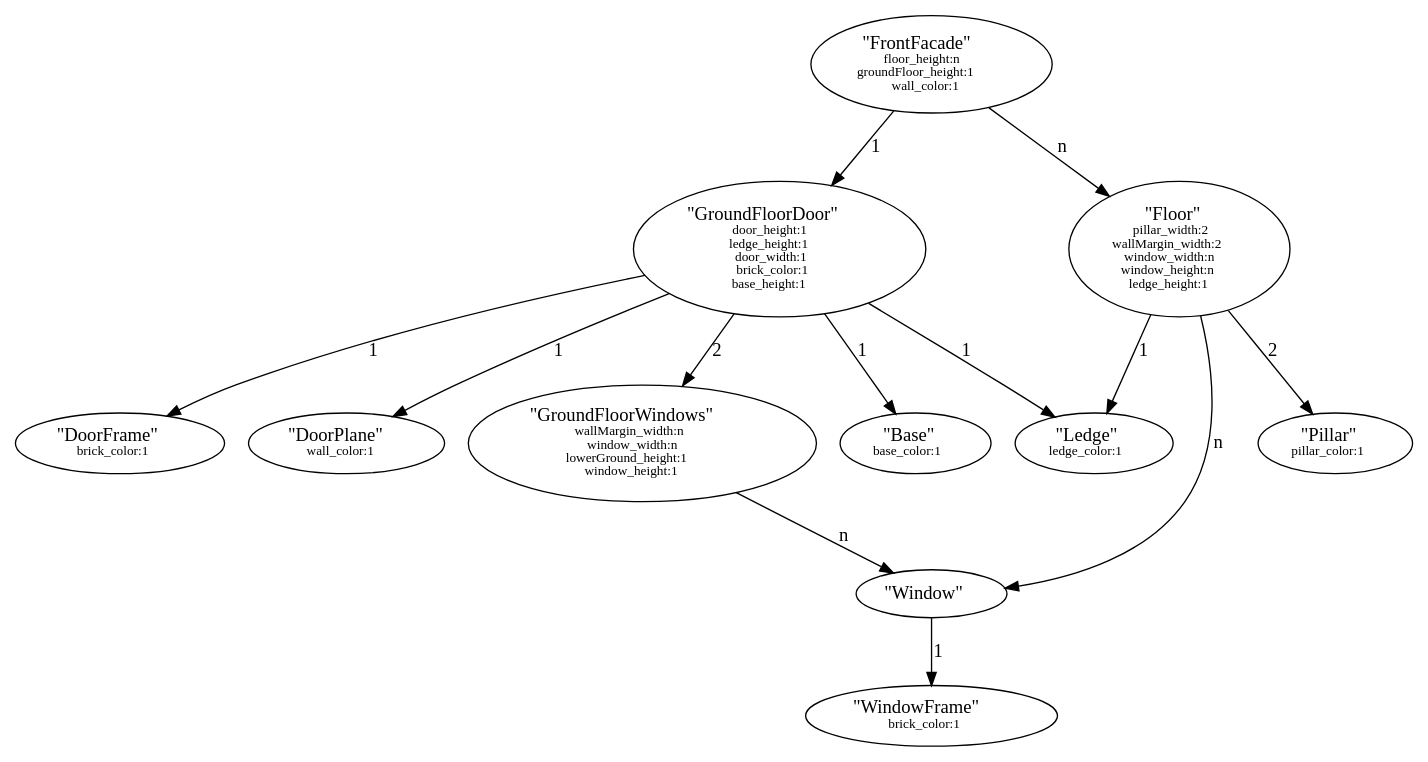
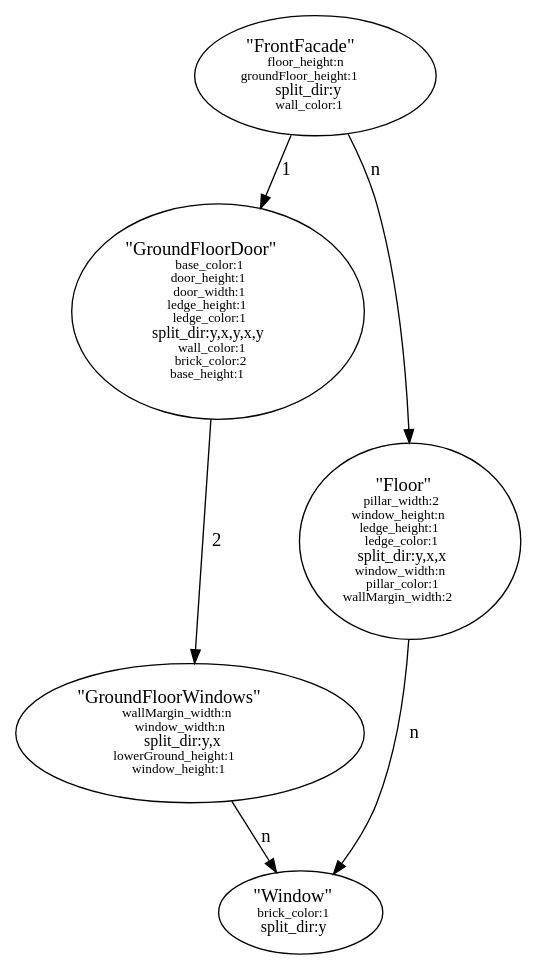
The diagram in gv/slightly_reduced_example.gv (gaspardzoss/cga-parser), drawn with Graphviz before and after one commit. The commit also changed 7 other files, not shown here.

Commit message:
Newer version of reduced structure graph, now only with minor bugs.

```diff
--- a/gv/slightly_reduced_example.gv
+++ b/gv/slightly_reduced_example.gv
@@ -1,48 +1,40 @@
 digraph {
     FrontFacade -> GroundFloorDoor[label="1"];
     FrontFacade -> Floor[label="n"];
-    Floor -> Pillar[label="2"];
     Floor -> Window[label="n"];
-    Floor -> Ledge[label="1"];
-    Window -> WindowFrame[label="1"];
     GroundFloorDoor -> GroundFloorWindows[label="2"];
-    GroundFloorDoor -> Base[label="1"];
-    GroundFloorDoor -> Ledge[label="1"];
-    GroundFloorDoor -> DoorFrame[label="1"];
-    GroundFloorDoor -> DoorPlane[label="1"];
     GroundFloorWindows -> Window[label="n"];
     FrontFacade [label=<"FrontFacade"
 <BR /><FONT POINT-SIZE="10">floor_height:n</FONT>
 <BR /><FONT POINT-SIZE="10">groundFloor_height:1</FONT>
+<BR /><FONT POINT-SIZE="12">split_dir:y</FONT>
 <BR /><FONT POINT-SIZE="10">wall_color:1</FONT>>];
     Floor [label=<"Floor"
 <BR /><FONT POINT-SIZE="10">pillar_width:2</FONT>
-<BR /><FONT POINT-SIZE="10">wallMargin_width:2</FONT>
+<BR /><FONT POINT-SIZE="10">window_height:n</FONT>
+<BR /><FONT POINT-SIZE="10">ledge_height:1</FONT>
+<BR /><FONT POINT-SIZE="10">ledge_color:1</FONT>
+<BR /><FONT POINT-SIZE="12">split_dir:y,x,x</FONT>
 <BR /><FONT POINT-SIZE="10">window_width:n</FONT>
-<BR /><FONT POINT-SIZE="10">window_height:n</FONT>
-<BR /><FONT POINT-SIZE="10">ledge_height:1</FONT>>];
-    Ledge [label=<"Ledge"
-<BR /><FONT POINT-SIZE="10">ledge_color:1</FONT>>];
-    Window [label=<"Window">];
-    WindowFrame [label=<"WindowFrame"
-<BR /><FONT POINT-SIZE="10">brick_color:1</FONT>>];
-    Pillar [label=<"Pillar"
-<BR /><FONT POINT-SIZE="10">pillar_color:1</FONT>>];
+<BR /><FONT POINT-SIZE="10">pillar_color:1</FONT>
+<BR /><FONT POINT-SIZE="10">wallMargin_width:2</FONT>>];
+    Window [label=<"Window"
+<BR /><FONT POINT-SIZE="10">brick_color:1</FONT>
+<BR /><FONT POINT-SIZE="12">split_dir:y</FONT>>];
     GroundFloorDoor [label=<"GroundFloorDoor"
+<BR /><FONT POINT-SIZE="10">base_color:1</FONT>
 <BR /><FONT POINT-SIZE="10">door_height:1</FONT>
+<BR /><FONT POINT-SIZE="10">door_width:1</FONT>
 <BR /><FONT POINT-SIZE="10">ledge_height:1</FONT>
-<BR /><FONT POINT-SIZE="10">door_width:1</FONT>
-<BR /><FONT POINT-SIZE="10">brick_color:1</FONT>
+<BR /><FONT POINT-SIZE="10">ledge_color:1</FONT>
+<BR /><FONT POINT-SIZE="12">split_dir:y,x,y,x,y</FONT>
+<BR /><FONT POINT-SIZE="10">wall_color:1</FONT>
+<BR /><FONT POINT-SIZE="10">brick_color:2</FONT>
 <BR /><FONT POINT-SIZE="10">base_height:1</FONT>>];
-    DoorPlane [label=<"DoorPlane"
-<BR /><FONT POINT-SIZE="10">wall_color:1</FONT>>];
-    DoorFrame [label=<"DoorFrame"
-<BR /><FONT POINT-SIZE="10">brick_color:1</FONT>>];
-    Base [label=<"Base"
-<BR /><FONT POINT-SIZE="10">base_color:1</FONT>>];
     GroundFloorWindows [label=<"GroundFloorWindows"
 <BR /><FONT POINT-SIZE="10">wallMargin_width:n</FONT>
 <BR /><FONT POINT-SIZE="10">window_width:n</FONT>
+<BR /><FONT POINT-SIZE="12">split_dir:y,x</FONT>
 <BR /><FONT POINT-SIZE="10">lowerGround_height:1</FONT>
 <BR /><FONT POINT-SIZE="10">window_height:1</FONT>>];
 }
```
